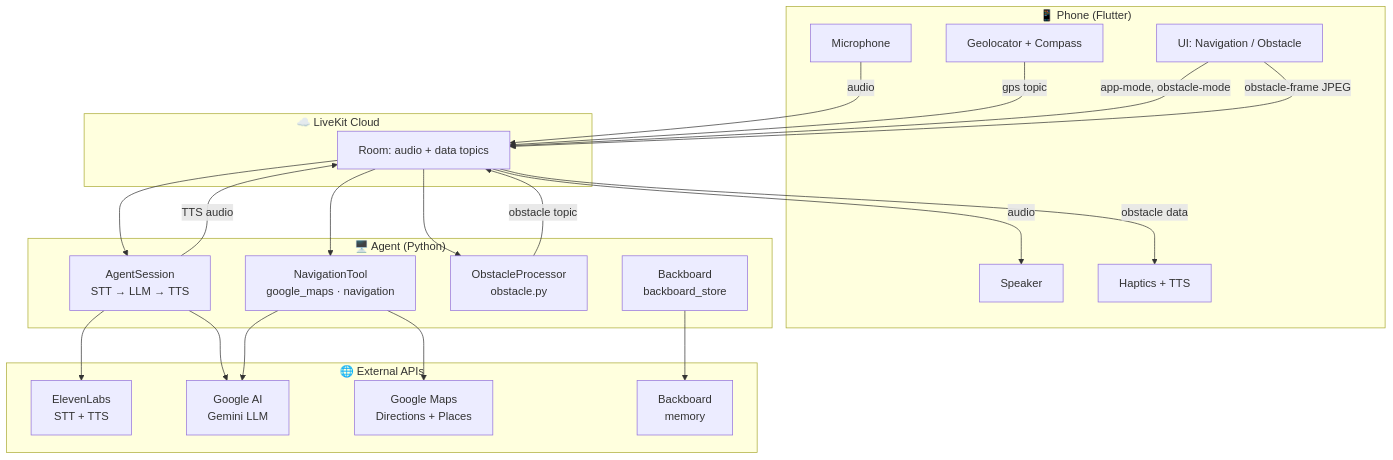
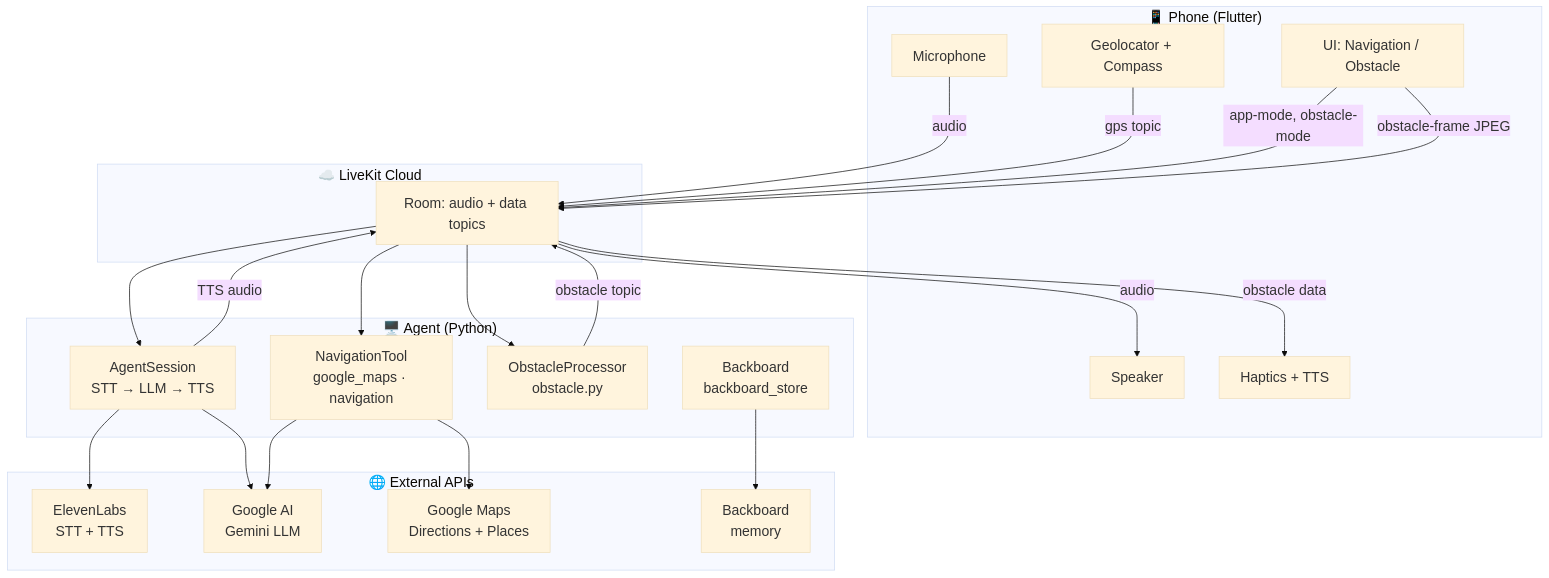
Before and after one commit to benz16107/BlindSpot: the diagram in README.md, drawn with Mermaid.

````diff
--- a/README.md
+++ b/README.md
@@ -69,49 +69,50 @@
 ```mermaid
+%%{init: {'theme': 'base', 'themeVariables': {'fontSize': '20px'}}}%%
 flowchart TB
     subgraph Phone["📱 Phone (Flutter)"]
         Mic[Microphone]
         GPS[Geolocator + Compass]
         UI[UI: Navigation / Obstacle]
         Speaker[Speaker]
         Haptics[Haptics + TTS]
     end
 
     subgraph LiveKit["☁️ LiveKit Cloud"]
         Room[Room: audio + data topics]
     end
 
     subgraph Agent["🖥️ Agent (Python)"]
         Session[AgentSession\nSTT → LLM → TTS]
         Nav[NavigationTool\ngoogle_maps · navigation]
         Obstacle[ObstacleProcessor\nobstacle.py]
         Memory[Backboard\nbackboard_store]
     end
 
     subgraph APIs["🌐 External APIs"]
         ElevenLabs[ElevenLabs\nSTT + TTS]
         Gemini[Google AI\nGemini LLM]
         Maps[Google Maps\nDirections + Places]
         Backboard[Backboard\nmemory]
     end
 
     Mic -->|audio| Room
     GPS -->|gps topic| Room
     UI -->|app-mode, obstacle-mode| Room
     UI -->|obstacle-frame JPEG| Room
 
     Room --> Session
     Room --> Nav
     Room --> Obstacle
 
     Session -->|TTS audio| Room
     Obstacle -->|obstacle topic| Room
 
     Room -->|audio| Speaker
     Room -->|obstacle data| Haptics
 
     Session --> ElevenLabs
     Session --> Gemini
     Nav --> Maps
     Nav --> Gemini
     Memory --> Backboard
 ```
````
